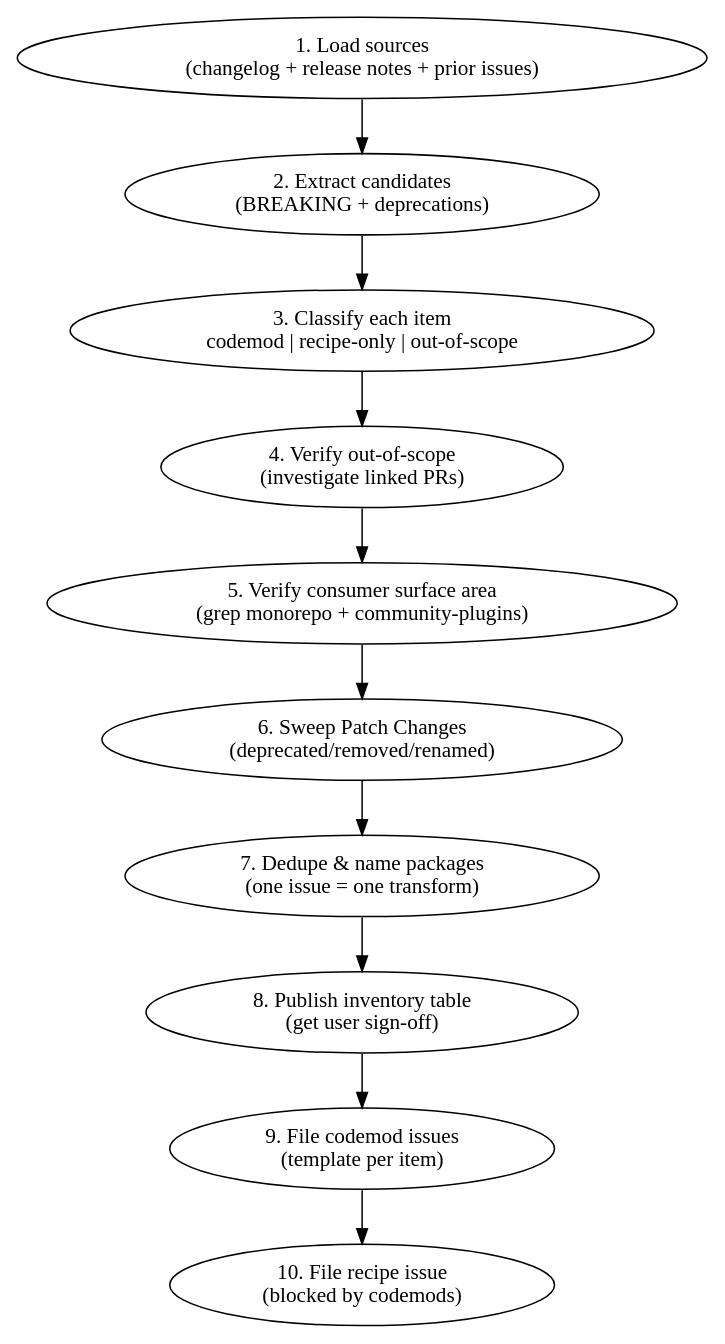
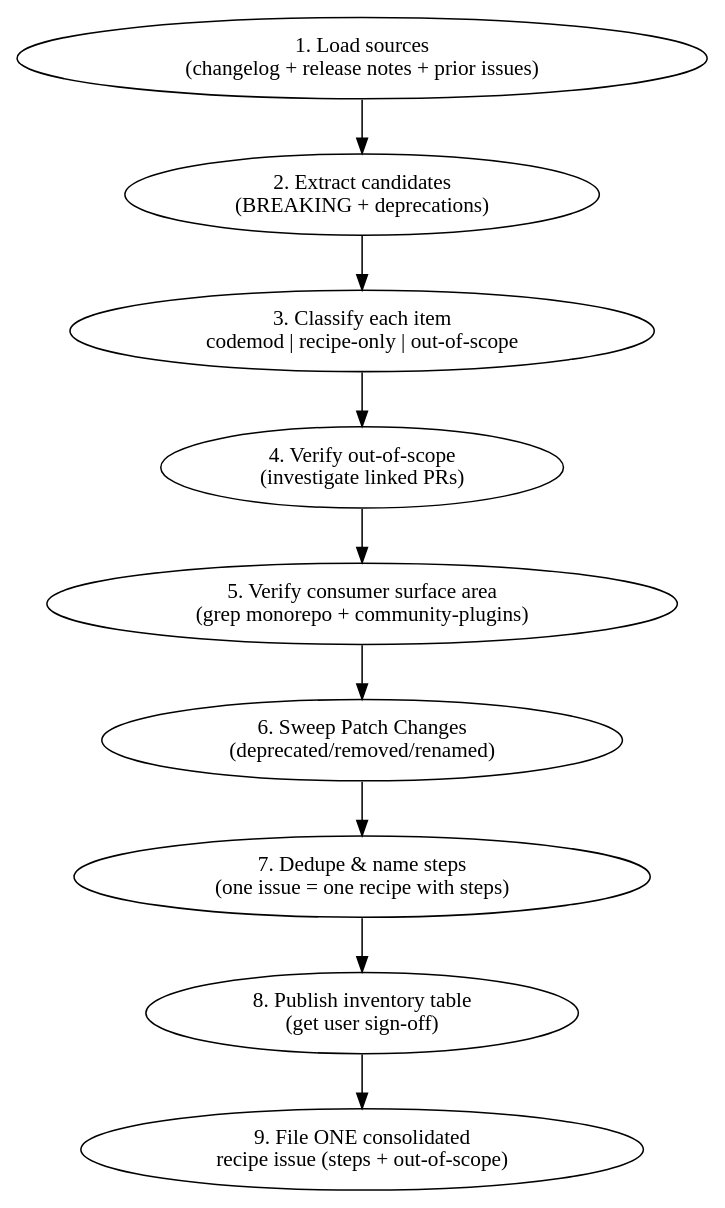
Before and after one commit to backstage/codemods: the diagram in .agents/skills/backstage-codemod-issue-research/SKILL.md, drawn with Graphviz. The commit also changed other lines of this file, not shown here.

Commit message:
docs(skills): rework release-research skill for one-recipe-per-release layout

````diff
--- a/.agents/skills/backstage-codemod-issue-research/SKILL.md
+++ b/.agents/skills/backstage-codemod-issue-research/SKILL.md
@@ -46,16 +46,15 @@
 ```dot
 digraph research {
   rankdir=TB;
   sources [label="1. Load sources\n(changelog + release notes + prior issues)"];
   scan [label="2. Extract candidates\n(BREAKING + deprecations)"];
   classify [label="3. Classify each item\ncodemod | recipe-only | out-of-scope"];
   verify_pr [label="4. Verify out-of-scope\n(investigate linked PRs)"];
   verify_surface [label="5. Verify consumer surface area\n(grep monorepo + community-plugins)"];
   sweep [label="6. Sweep Patch Changes\n(deprecated/removed/renamed)"];
-  dedupe [label="7. Dedupe & name packages\n(one issue = one transform)"];
+  dedupe [label="7. Dedupe & name steps\n(one issue = one recipe with steps)"];
   inventory [label="8. Publish inventory table\n(get user sign-off)"];
-  issues [label="9. File codemod issues\n(template per item)"];
-  recipe [label="10. File recipe issue\n(blocked by codemods)"];
-  sources -> scan -> classify -> verify_pr -> verify_surface -> sweep -> dedupe -> inventory -> issues -> recipe;
+  issues [label="9. File ONE consolidated\nrecipe issue (steps + out-of-scope)"];
+  sources -> scan -> classify -> verify_pr -> verify_surface -> sweep -> dedupe -> inventory -> issues;
 }
 ```
````
